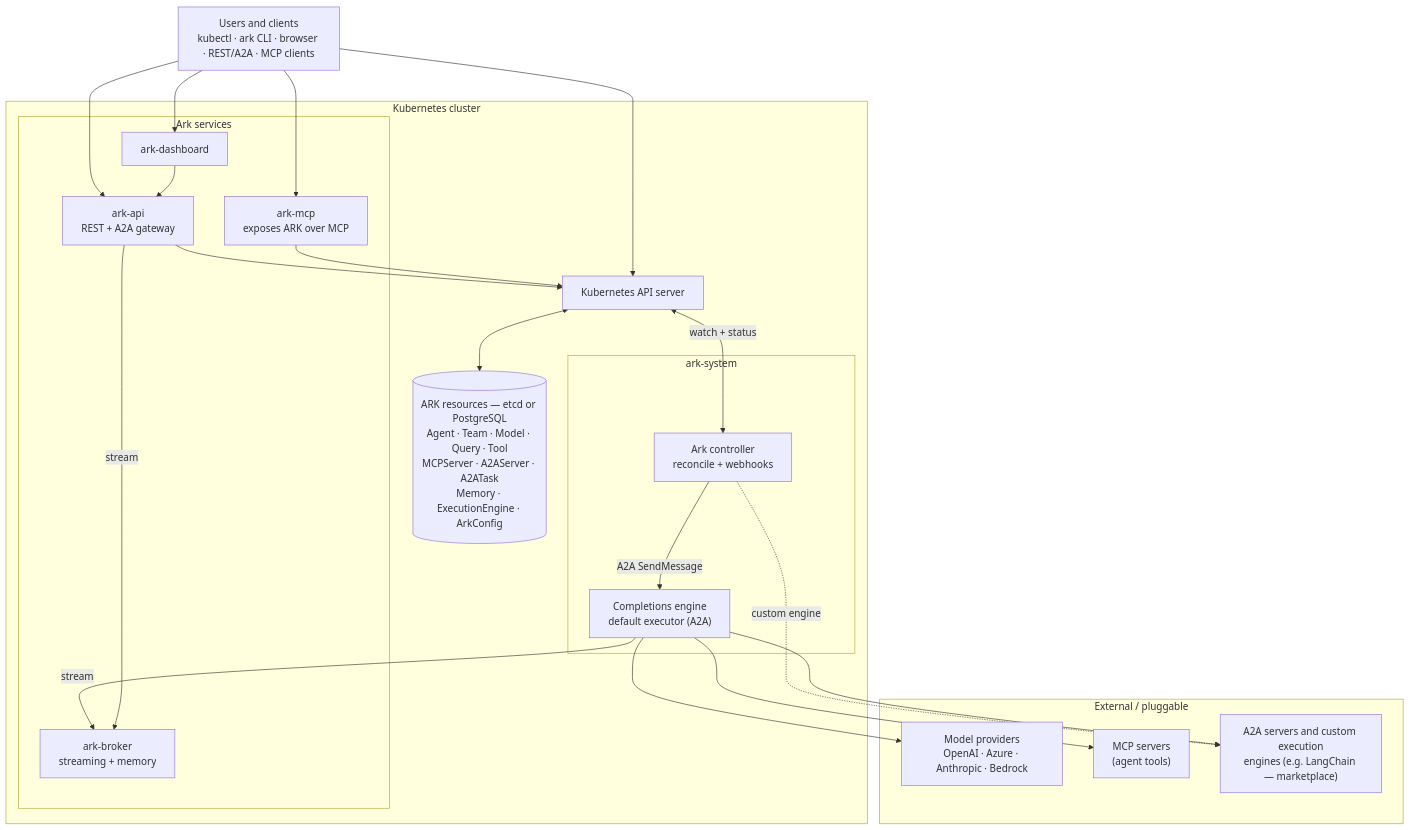
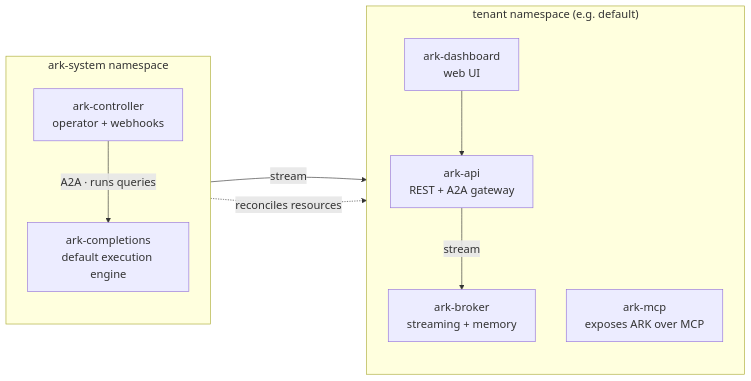
Before and after one commit to mckinsey/agents-at-scale-ark: the diagram in docs/content/core-concepts/index.mdx, drawn with Mermaid. The commit also changed other lines of this file, not shown here.

Commit message:
docs: simplify architecture diagram to a two-namespace view
Redo the core-concepts diagram at the namespace level: the ark-system
namespace (ark-controller + ark-completions) and a tenant namespace (ark-api,
ark-dashboard, ark-mcp, ark-broker). Side-by-side layout with larger font for
legibility. Placement verified against the running cluster.

````diff
--- a/docs/content/core-concepts/index.mdx
+++ b/docs/content/core-concepts/index.mdx
@@ -32,44 +32,23 @@
 ```mermaid
-flowchart TB
-    users["Users and clients<br/>kubectl · ark CLI · browser · REST/A2A · MCP clients"]
-
-    subgraph cluster["Kubernetes cluster"]
-        api["Kubernetes API server"]
-        store[("ARK resources — etcd or PostgreSQL<br/>Agent · Team · Model · Query · Tool<br/>MCPServer · A2AServer · A2ATask<br/>Memory · ExecutionEngine · ArkConfig")]
-
-        subgraph control["ark-system"]
-            ctrl["Ark controller<br/>reconcile + webhooks"]
-            engine["Completions engine<br/>default executor (A2A)"]
-        end
-
-        subgraph svcs["Ark services"]
-            arkapi["ark-api<br/>REST + A2A gateway"]
-            dash["ark-dashboard"]
-            mcp["ark-mcp<br/>exposes ARK over MCP"]
-            broker["ark-broker<br/>streaming + memory"]
-        end
+%%{init: {'themeVariables': {'fontSize': '18px'}, 'flowchart': {'rankSpacing': 80, 'nodeSpacing': 50}}}%%
+flowchart LR
+    subgraph arksystem["ark-system namespace"]
+        direction TB
+        controller["ark-controller<br/>operator + webhooks"]
+        completions["ark-completions<br/>default execution engine"]
     end
 
-    subgraph external["External / pluggable"]
-        models["Model providers<br/>OpenAI · Azure · Anthropic · Bedrock"]
-        tools["MCP servers<br/>(agent tools)"]
-        a2a["A2A servers and custom execution<br/>engines (e.g. LangChain — marketplace)"]
+    subgraph tenant["tenant namespace (e.g. default)"]
+        direction TB
+        api["ark-api<br/>REST + A2A gateway"]
+        dashboard["ark-dashboard<br/>web UI"]
+        mcp["ark-mcp<br/>exposes ARK over MCP"]
+        broker["ark-broker<br/>streaming + memory"]
     end
 
-    users --> dash
-    users --> arkapi
-    users --> mcp
-    users --> api
-    dash --> arkapi
-    arkapi --> api
-    mcp --> api
-    api <--> store
-    api <-->|"watch + status"| ctrl
-    ctrl -->|"A2A SendMessage"| engine
-    ctrl -.->|"custom engine"| a2a
-    engine --> models
-    engine --> tools
-    engine --> a2a
-    engine -->|"stream"| broker
-    arkapi -->|"stream"| broker
+    controller -->|"A2A · runs queries"| completions
+    controller -.->|"reconciles resources"| tenant
+    dashboard --> api
+    api -->|"stream"| broker
+    completions -->|"stream"| broker
 ```
````
